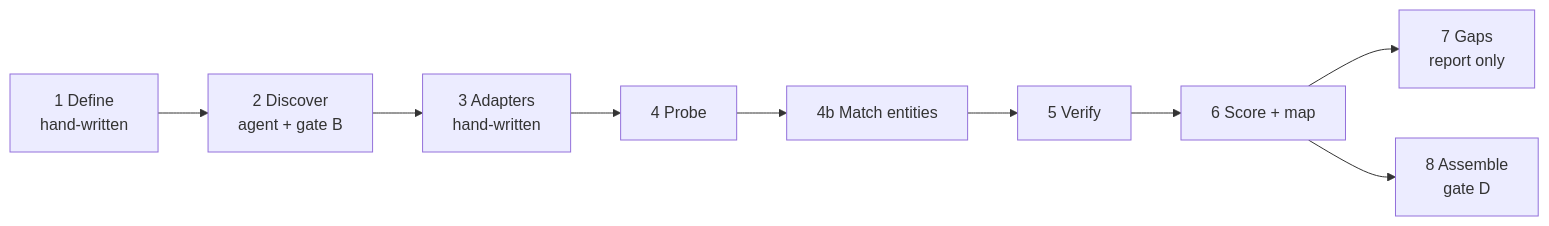
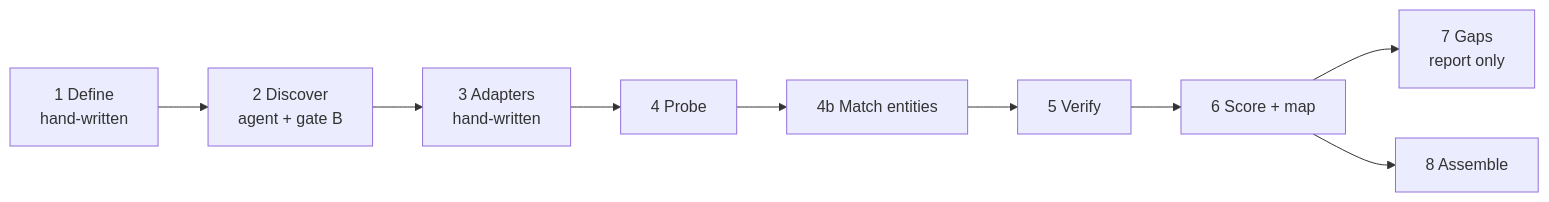
Before and after one commit to yzz0806/sourcemap: the diagram in docs/domain.md, drawn with Mermaid. The commit also changed other lines of this file and 20 other files, not shown here.

````diff
--- a/docs/domain.md
+++ b/docs/domain.md
@@ -122,11 +122,11 @@
 ```mermaid
 flowchart LR
   D[1 Define<br/>hand-written] --> S[2 Discover<br/>agent + gate B]
   S --> B[3 Adapters<br/>hand-written]
   B --> P[4 Probe]
   P --> M[4b Match entities]
   M --> V[5 Verify]
   V --> SC[6 Score + map]
   SC --> G[7 Gaps<br/>report only]
-  SC --> A[8 Assemble<br/>gate D]
+  SC --> A[8 Assemble]
 ```
````
